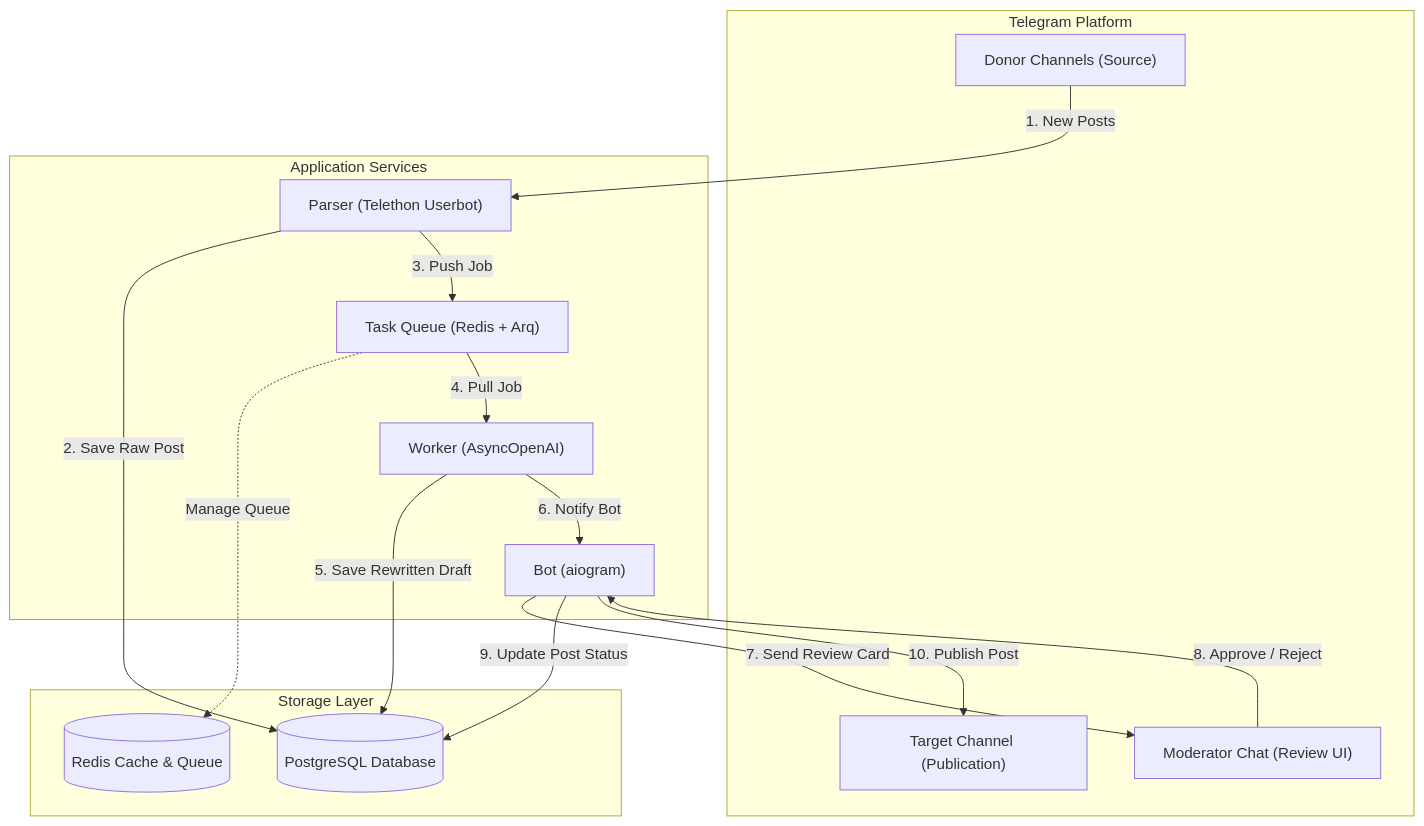
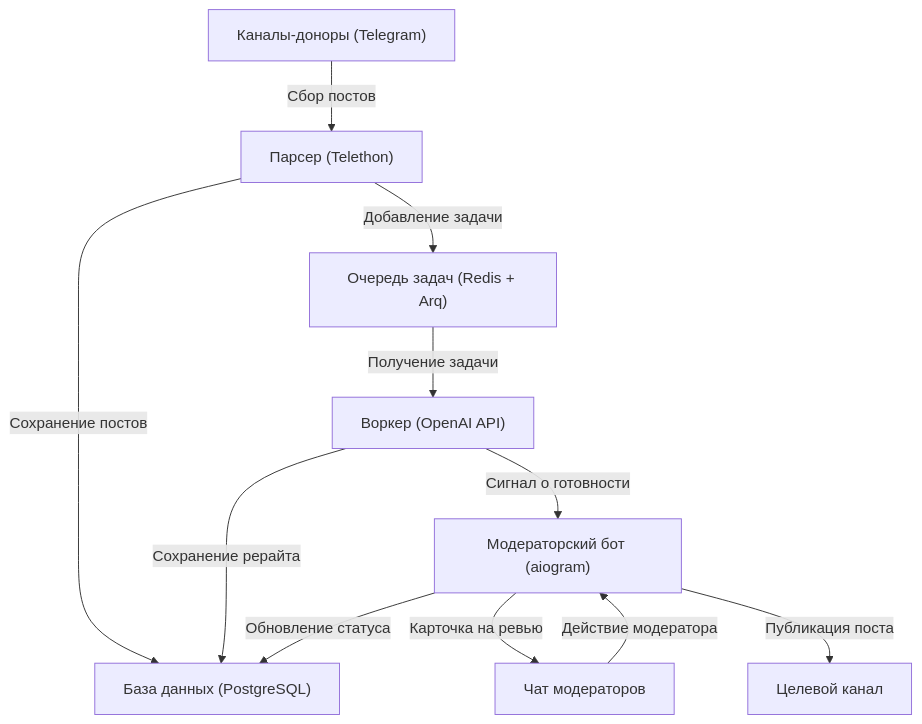
The diagram in README.md (ivanchik-byte/Telegram-Channel-Admin), drawn with Mermaid before and after one commit. The commit also changed other lines of this file, not shown here.

````diff
--- a/README.md
+++ b/README.md
@@ -24,33 +24,13 @@
 ```mermaid
 flowchart TD
-    subgraph Telegram ["Telegram Platform"]
-        Donors["Donor Channels (Source)"]
-        TargetChannel["Target Channel (Publication)"]
-        ModGroup["Moderator Chat (Review UI)"]
-    end
-
-    subgraph Services ["Application Services"]
-        Parser["Parser (Telethon Userbot)"]
-        Queue["Task Queue (Redis + Arq)"]
-        Worker["Worker (AsyncOpenAI)"]
-        Bot["Bot (aiogram)"]
-    end
-
-    subgraph Storage ["Storage Layer"]
-        DB[("PostgreSQL Database")]
-        RedisDB[("Redis Cache & Queue")]
-    end
-
-    %% Flow
-    Donors -->|1. New Posts| Parser
-    Parser -->|2. Save Raw Post| DB
-    Parser -->|3. Push Job| Queue
-    Queue -.->|Manage Queue| RedisDB
-    Queue -->|4. Pull Job| Worker
-    Worker -->|5. Save Rewritten Draft| DB
-    Worker -->|6. Notify Bot| Bot
-    Bot -->|7. Send Review Card| ModGroup
-    ModGroup -->|8. Approve / Reject| Bot
-    Bot -->|9. Update Post Status| DB
-    Bot -->|10. Publish Post| TargetChannel
+    Donors["Каналы-доноры (Telegram)"] -->|Сбор постов| Parser["Парсер (Telethon)"]
+    Parser -->|Сохранение постов| DB["База данных (PostgreSQL)"]
+    Parser -->|Добавление задачи| Queue["Очередь задач (Redis + Arq)"]
+    Queue -->|Получение задачи| Worker["Воркер (OpenAI API)"]
+    Worker -->|Сохранение рерайта| DB
+    Worker -->|Сигнал о готовности| Bot["Модераторский бот (aiogram)"]
+    Bot -->|Карточка на ревью| ModGroup["Чат модераторов"]
+    ModGroup -->|Действие модератора| Bot
+    Bot -->|Обновление статуса| DB
+    Bot -->|Публикация поста| TargetChannel["Целевой канал"]
 ```
````
